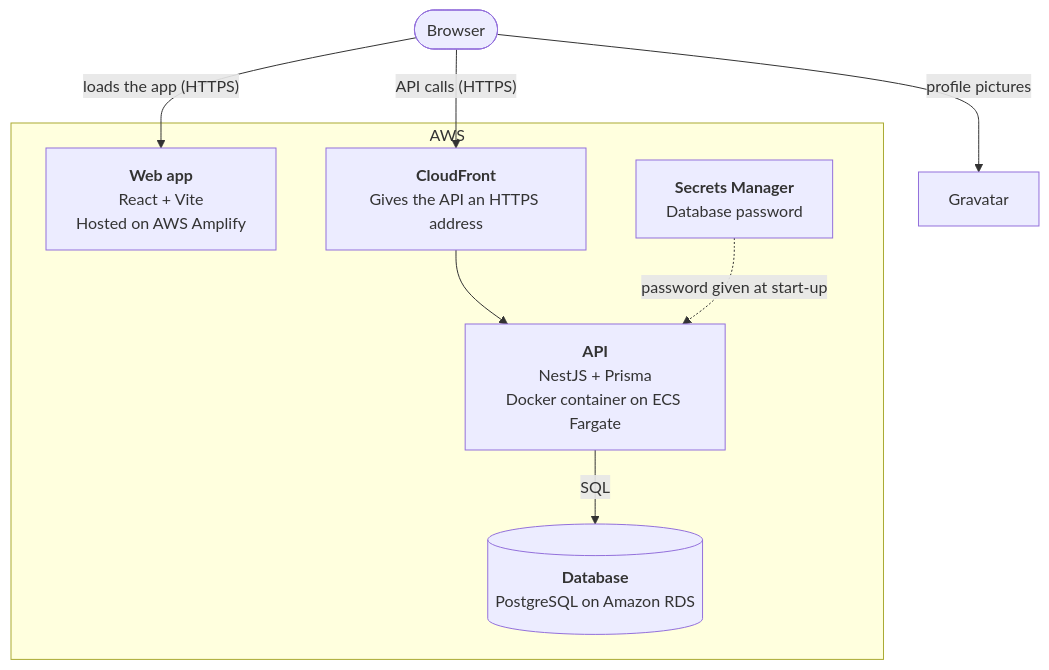
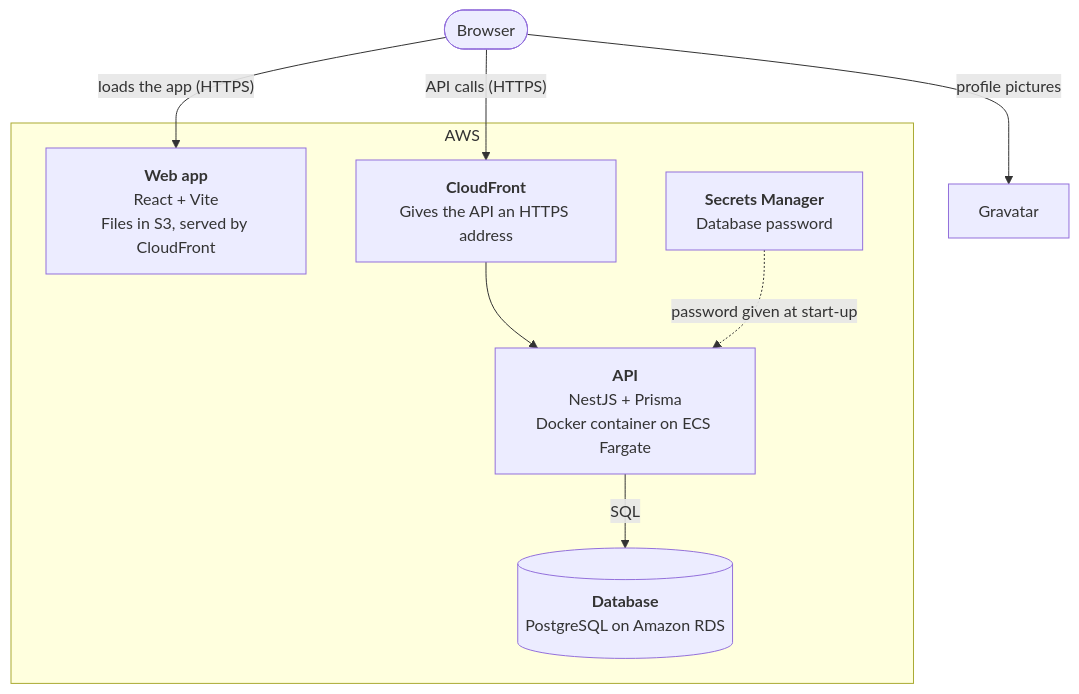
The second of 10 diagrams in docs/sas/SAS.md (Ayush-B99/hierarchyHub), drawn with Mermaid before and after one commit. The commit also changed other lines of this file and 10 other files, not shown here.

````diff
--- a/docs/sas/SAS.md
+++ b/docs/sas/SAS.md
@@ -49,21 +49,21 @@
 ```mermaid
 flowchart TB
     user(["Browser"])
 
     subgraph aws["AWS"]
-        web["<b>Web app</b><br/>React + Vite<br/>Hosted on AWS Amplify"]
+        web["<b>Web app</b><br/>React + Vite<br/>Files in S3, served by CloudFront"]
         cdn["<b>CloudFront</b><br/>Gives the API an HTTPS address"]
         api["<b>API</b><br/>NestJS + Prisma<br/>Docker container on ECS Fargate"]
         db[("<b>Database</b><br/>PostgreSQL on Amazon RDS")]
         secrets["<b>Secrets Manager</b><br/>Database password"]
     end
 
     grav["Gravatar"]
 
     user -->|"loads the app (HTTPS)"| web
     user -->|"API calls (HTTPS)"| cdn
     cdn --> api
     api -->|"SQL"| db
     secrets -.->|"password given at start-up"| api
     user -->|"profile pictures"| grav
 ```
````
